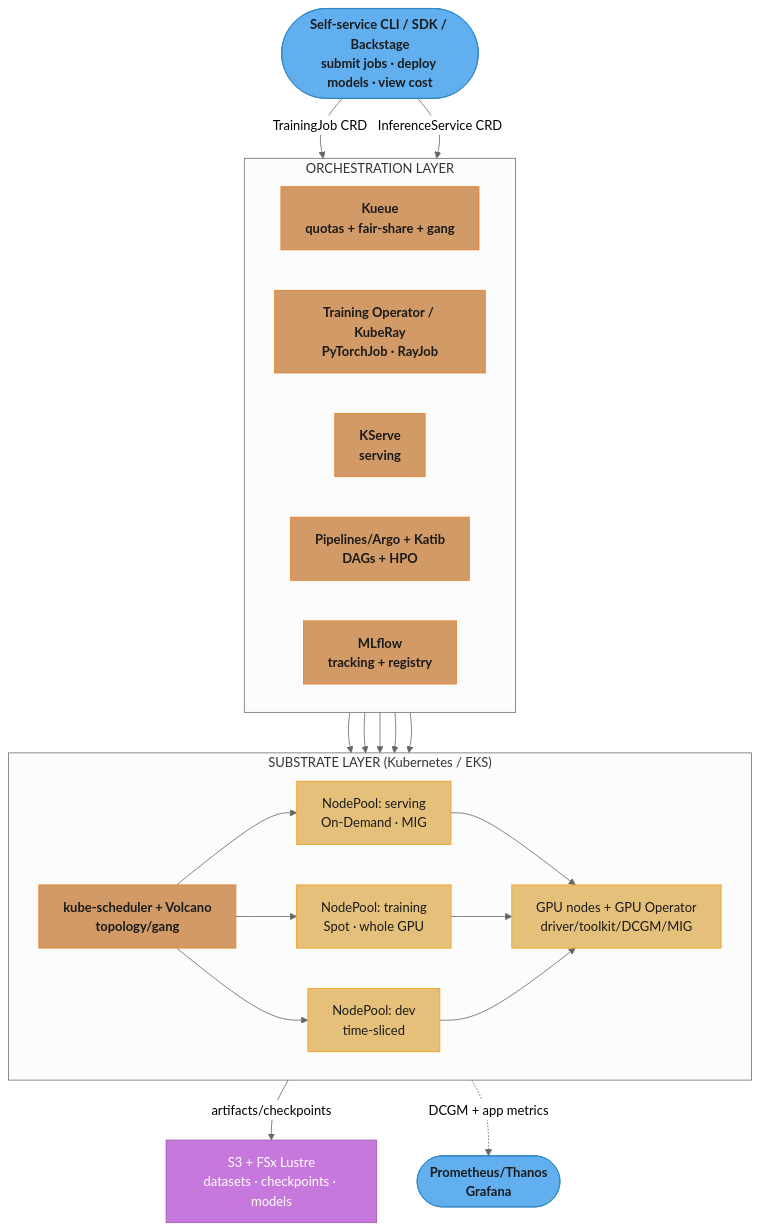
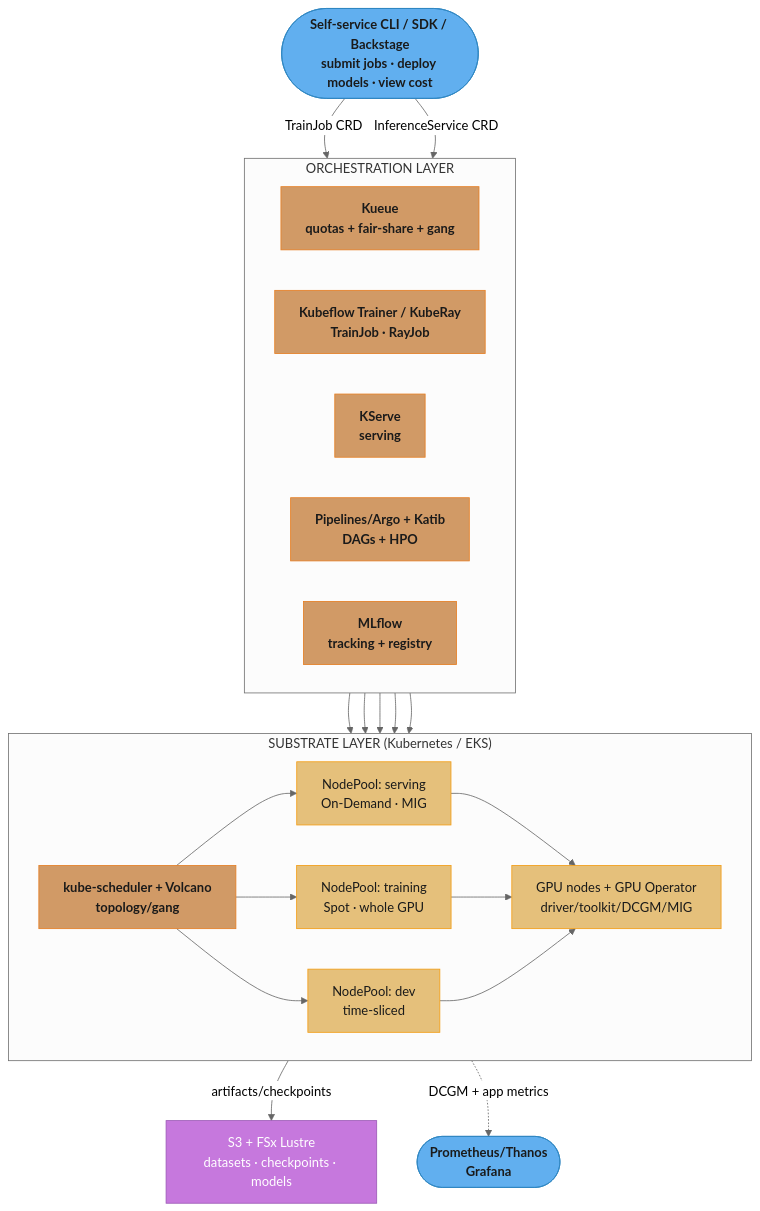
One commit to rppol/system-design changed the first of 5 diagrams in src/main/java/com/rutik/systemdesign/devops/case_studies/design_ml_platform_infrastructure.md. Above: the diagram before and after it, drawn with Mermaid (neutral theme). The commit also changed other lines of this file and 2 other files, not shown here.

````diff
--- a/src/main/java/com/rutik/systemdesign/devops/case_studies/design_ml_platform_infrastructure.md
+++ b/src/main/java/com/rutik/systemdesign/devops/case_studies/design_ml_platform_infrastructure.md
@@ -114,55 +120,55 @@
 ```mermaid
 flowchart TD
     classDef io      fill:#61afef,stroke:#2e86c1,color:#1a1a1a,font-weight:bold
     classDef frozen  fill:#c678dd,stroke:#9b59b6,color:#fff
     classDef train   fill:#98c379,stroke:#27ae60,color:#1a1a1a
     classDef mathOp  fill:#d19a66,stroke:#e67e22,color:#1a1a1a,font-weight:bold
     classDef lossN   fill:#e06c75,stroke:#c0392b,color:#fff,font-weight:bold
     classDef req     fill:#56b6c2,stroke:#0097a7,color:#1a1a1a
     classDef base    fill:#e5c07b,stroke:#f39c12,color:#1a1a1a
 
     Product(["Self-service CLI / SDK / Backstage<br/>submit jobs · deploy models · view cost"])
 
     subgraph Orch["ORCHESTRATION LAYER"]
         direction LR
         Kueue["Kueue<br/>quotas + fair-share + gang"]
-        TrainOp["Training Operator / KubeRay<br/>PyTorchJob · RayJob"]
+        TrainOp["Kubeflow Trainer / KubeRay<br/>TrainJob · RayJob"]
         KServeN["KServe<br/>serving"]
         PipeN["Pipelines/Argo + Katib<br/>DAGs + HPO"]
         MLflowN["MLflow<br/>tracking + registry"]
     end
 
     subgraph Sub["SUBSTRATE LAYER (Kubernetes / EKS)"]
         direction LR
         Sched["kube-scheduler + Volcano<br/>topology/gang"]
         PoolServe["NodePool: serving<br/>On-Demand · MIG"]
         PoolTrain["NodePool: training<br/>Spot · whole GPU"]
         PoolDev["NodePool: dev<br/>time-sliced"]
         GPUNodes["GPU nodes + GPU Operator<br/>driver/toolkit/DCGM/MIG"]
     end
 
     Storage["S3 + FSx Lustre<br/>datasets · checkpoints · models"]
     Obs(["Prometheus/Thanos<br/>Grafana"])
 
-    Product -->|"TrainingJob CRD"| Kueue
+    Product -->|"TrainJob CRD"| Kueue
     Product -->|"InferenceService CRD"| KServeN
     Kueue --> Sched
     TrainOp --> Sched
     KServeN --> Sched
     PipeN --> Sched
     MLflowN --> Sched
     Sched --> PoolServe
     Sched --> PoolTrain
     Sched --> PoolDev
     PoolServe --> GPUNodes
     PoolTrain --> GPUNodes
     PoolDev --> GPUNodes
     GPUNodes -->|"artifacts/checkpoints"| Storage
     GPUNodes -.->|"DCGM + app metrics"| Obs
 
     class Product io
     class Kueue,TrainOp,KServeN,PipeN,MLflowN,Sched mathOp
     class PoolServe,PoolTrain,PoolDev,GPUNodes base
     class Storage frozen
     class Obs io
 ```
````
